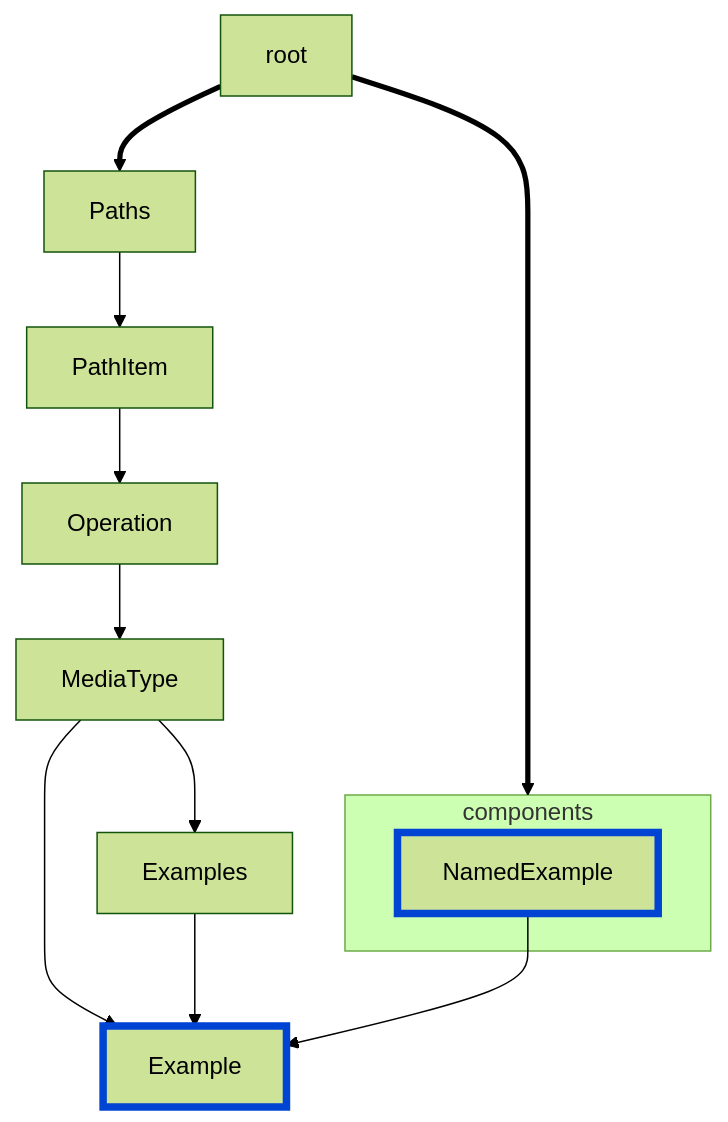
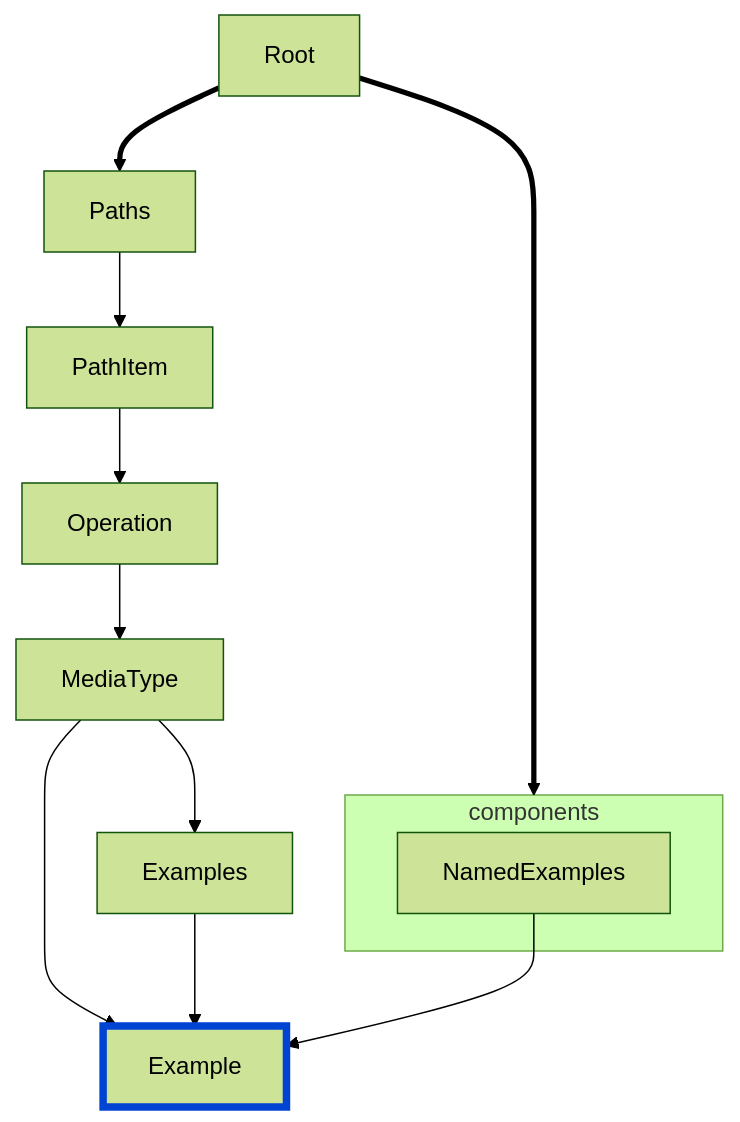
One commit to Redocly/redocly-cli changed the diagram in docs/@v1/rules/oas/no-invalid-media-type-examples.md. Above: the diagram before and after it, drawn with Mermaid (forest theme). The commit also changed 58 other files, not shown here.

````diff
--- a/docs/@v1/rules/oas/no-invalid-media-type-examples.md
+++ b/docs/@v1/rules/oas/no-invalid-media-type-examples.md
@@ -15,17 +15,16 @@
 ```mermaid
 flowchart TD
 
-root ==> Paths --> PathItem --> Operation --> MediaType --> Example
-MediaType --> Examples --> Example
+Root ==> Paths --> PathItem --> Operation --> MediaType --> Example
+                                              MediaType --> Examples --> Example
 
-root ==> components
-
-NamedExample --> Example
+Root ==> components
 
 subgraph components
-NamedExample
+NamedExamples
 end
 
+NamedExamples --> Example
+
 style Example fill:#codaf9,stroke:#0044d4,stroke-width:5px
-style NamedExample fill:#codaf9,stroke:#0044d4,stroke-width:5px
 ```
````
